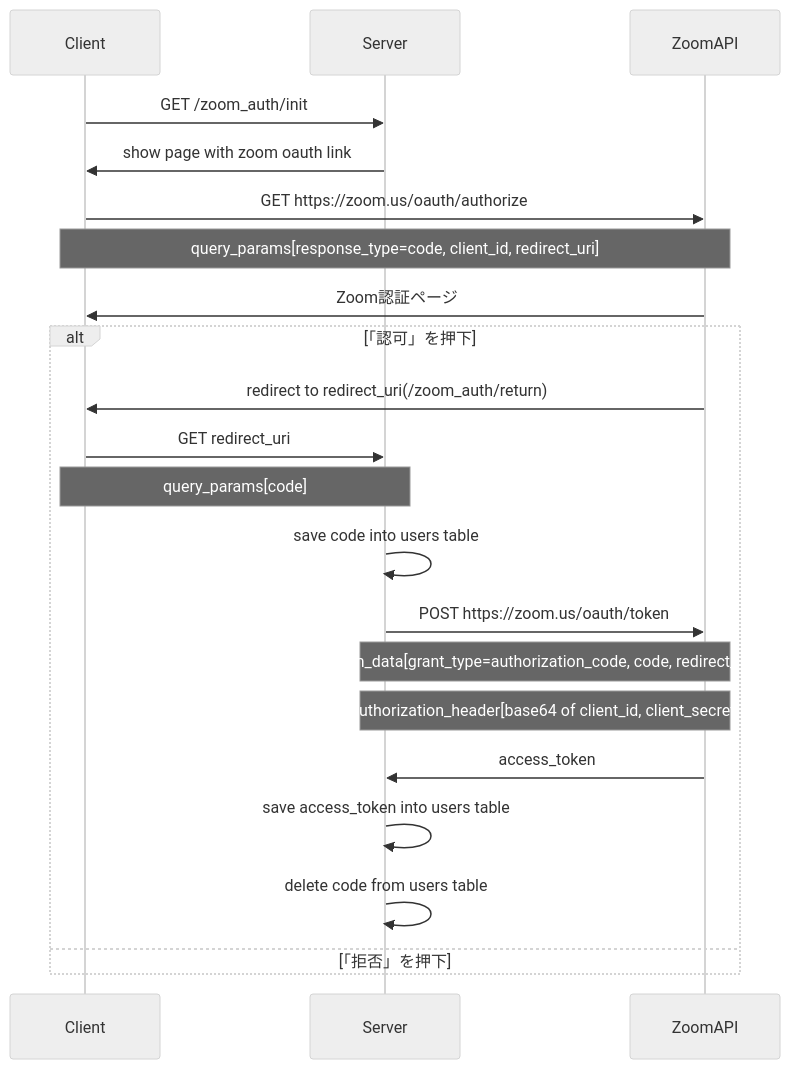
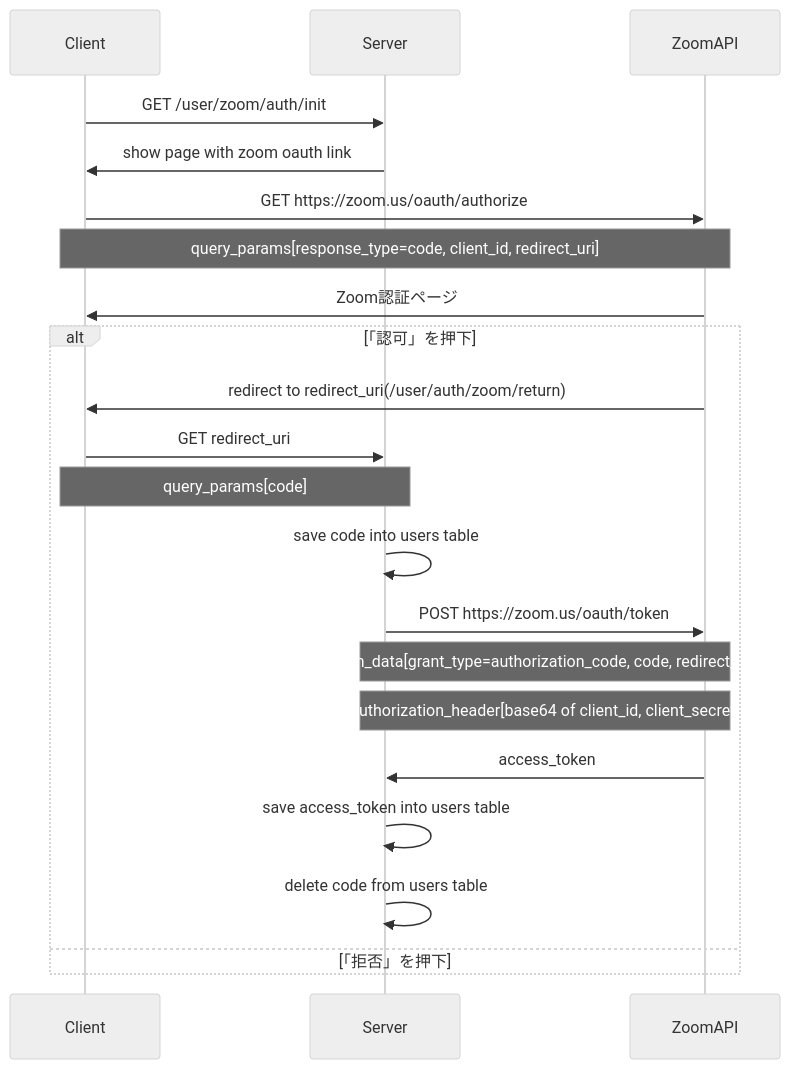
Before and after one commit to lynxlevin/zoom_auto_records: the diagram in zoom_authentication_sequence.md, drawn with Mermaid (neutral theme). The commit also changed 5 other files, not shown here.

````diff
--- a/zoom_authentication_sequence.md
+++ b/zoom_authentication_sequence.md
@@ -1,24 +1,24 @@
 ```mermaid
 sequenceDiagram
     participant c as Client
     participant s as Server
     participant z as ZoomAPI
-    c->>s: GET /zoom_auth/init
+    c->>s: GET /user/zoom/auth/init
     s->>c: show page with zoom oauth link
     c->>z: GET https://zoom.us/oauth/authorize
     Note over c, z: query_params[response_type=code, client_id, redirect_uri]
     z->>c: Zoom認証ページ
     alt 「認可」を押下
-        z->>c: redirect to redirect_uri(/zoom_auth/return)
+        z->>c: redirect to redirect_uri(/user/auth/zoom/return)
         c->>s: GET redirect_uri
         Note over c, s: query_params[code]
         s->>s: save code into users table
         s->>z: POST https://zoom.us/oauth/token
         Note over s, z: form_data[grant_type=authorization_code, code, redirect_uri]
         Note over s, z: authorization_header[base64 of client_id, client_secret]
         z->>s: access_token
         s->>s: save access_token into users table
         s->>s: delete code from users table
     else 「拒否」を押下
     end
 ```
````
